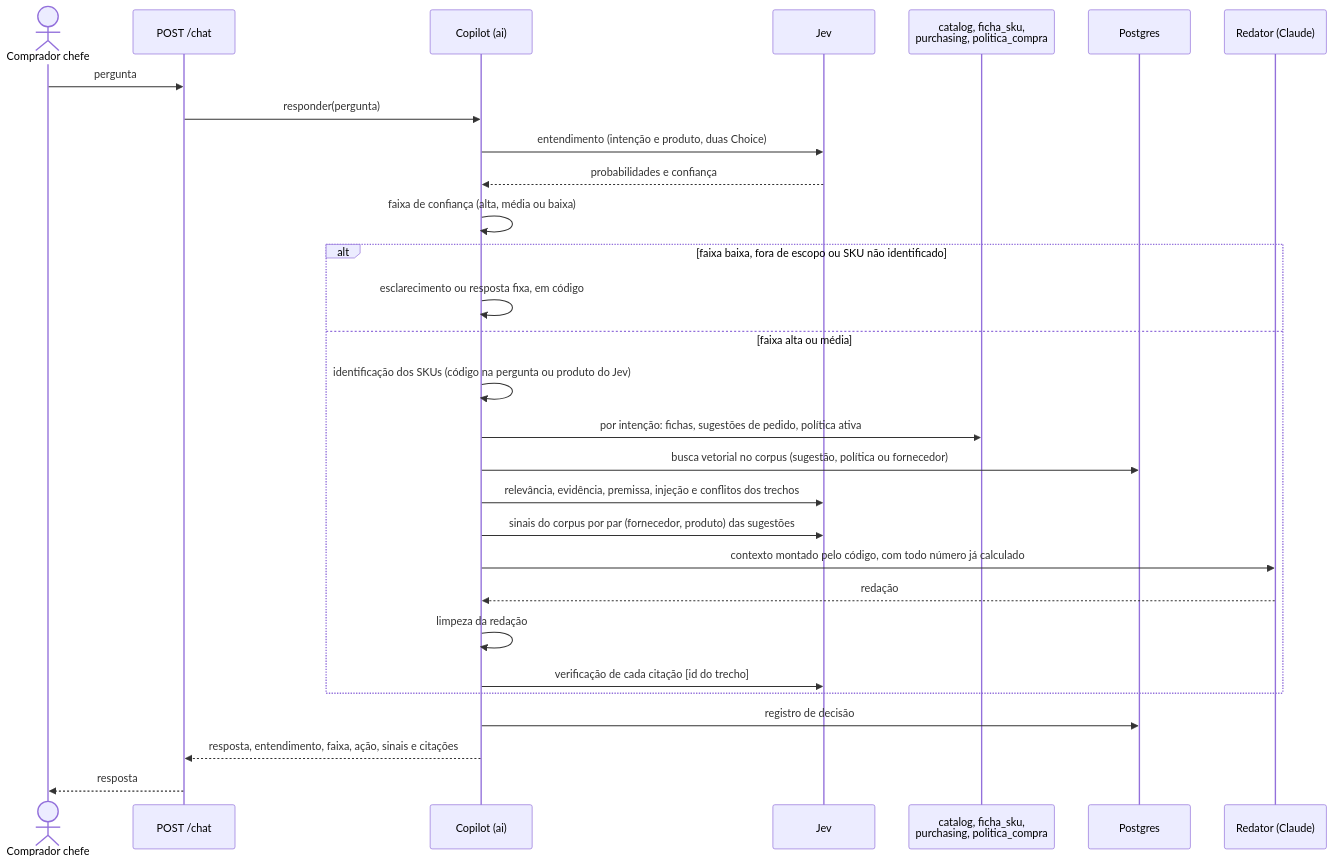
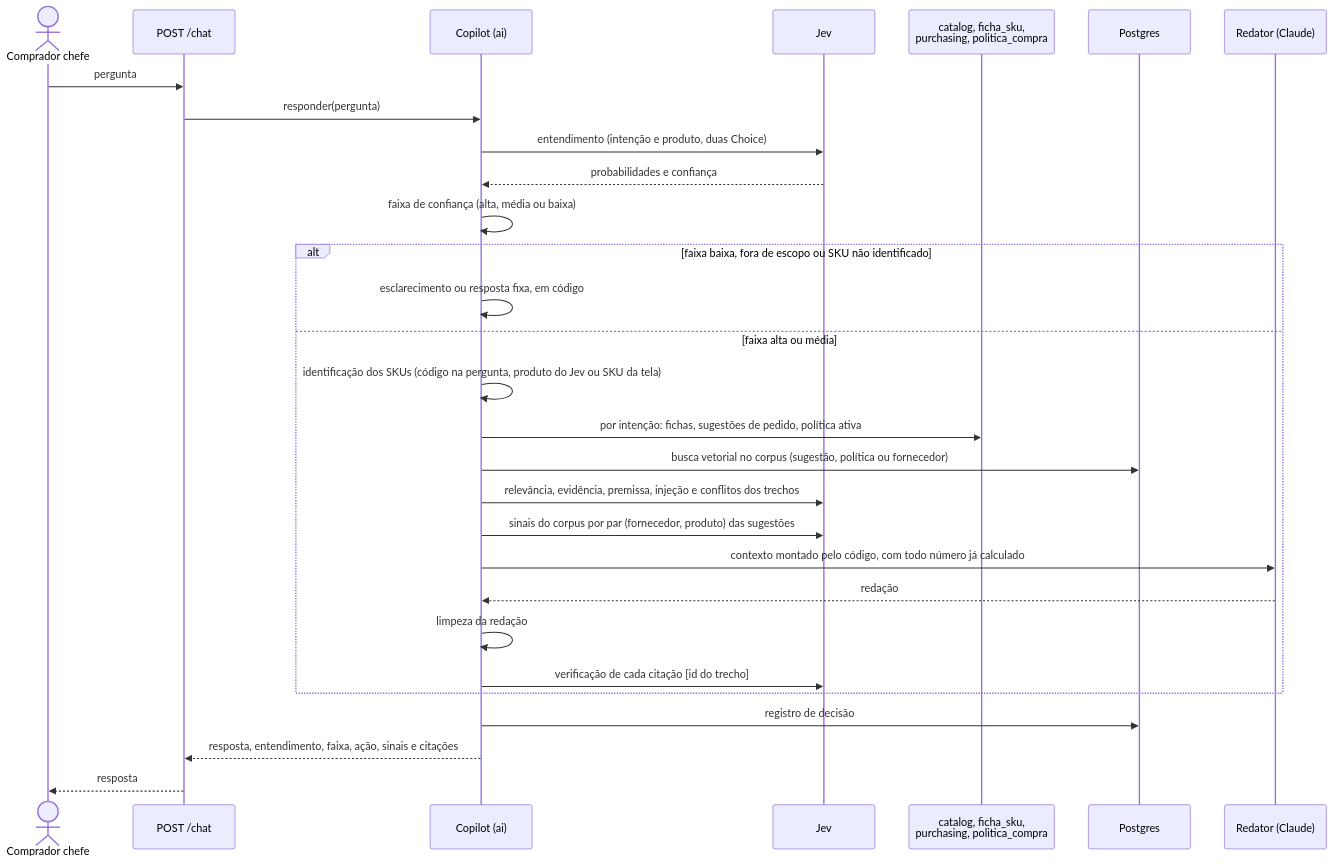
One commit to RodFerraz1/sistema-para-estoque changed the first of 3 diagrams in README.md. Above: the diagram before and after it, drawn with Mermaid. The commit also changed other lines of this file and 111 other files, not shown here.

Commit message:
Fluxo do comprador: painel, aviso, tela do SKU e decisão de compra (spec 08)

````diff
--- a/README.md
+++ b/README.md
@@ -347,32 +352,32 @@
 ```mermaid
 sequenceDiagram
     actor C as Comprador chefe
     participant A as POST /chat
     participant K as Copilot (ai)
     participant J as Jev
     participant D as catalog, ficha_sku,<br/>purchasing, politica_compra
     participant P as Postgres
     participant R as Redator (Claude)
 
     C->>A: pergunta
     A->>K: responder(pergunta)
     K->>J: entendimento (intenção e produto, duas Choice)
     J-->>K: probabilidades e confiança
     K->>K: faixa de confiança (alta, média ou baixa)
     alt faixa baixa, fora de escopo ou SKU não identificado
         K->>K: esclarecimento ou resposta fixa, em código
     else faixa alta ou média
-        K->>K: identificação dos SKUs (código na pergunta ou produto do Jev)
+        K->>K: identificação dos SKUs (código na pergunta, produto do Jev ou SKU da tela)
         K->>D: por intenção: fichas, sugestões de pedido, política ativa
         K->>P: busca vetorial no corpus (sugestão, política ou fornecedor)
         K->>J: relevância, evidência, premissa, injeção e conflitos dos trechos
         K->>J: sinais do corpus por par (fornecedor, produto) das sugestões
         K->>R: contexto montado pelo código, com todo número já calculado
         R-->>K: redação
         K->>K: limpeza da redação
         K->>J: verificação de cada citação [id do trecho]
     end
     K->>P: registro de decisão
     K-->>A: resposta, entendimento, faixa, ação, sinais e citações
     A-->>C: resposta
 ```
````
